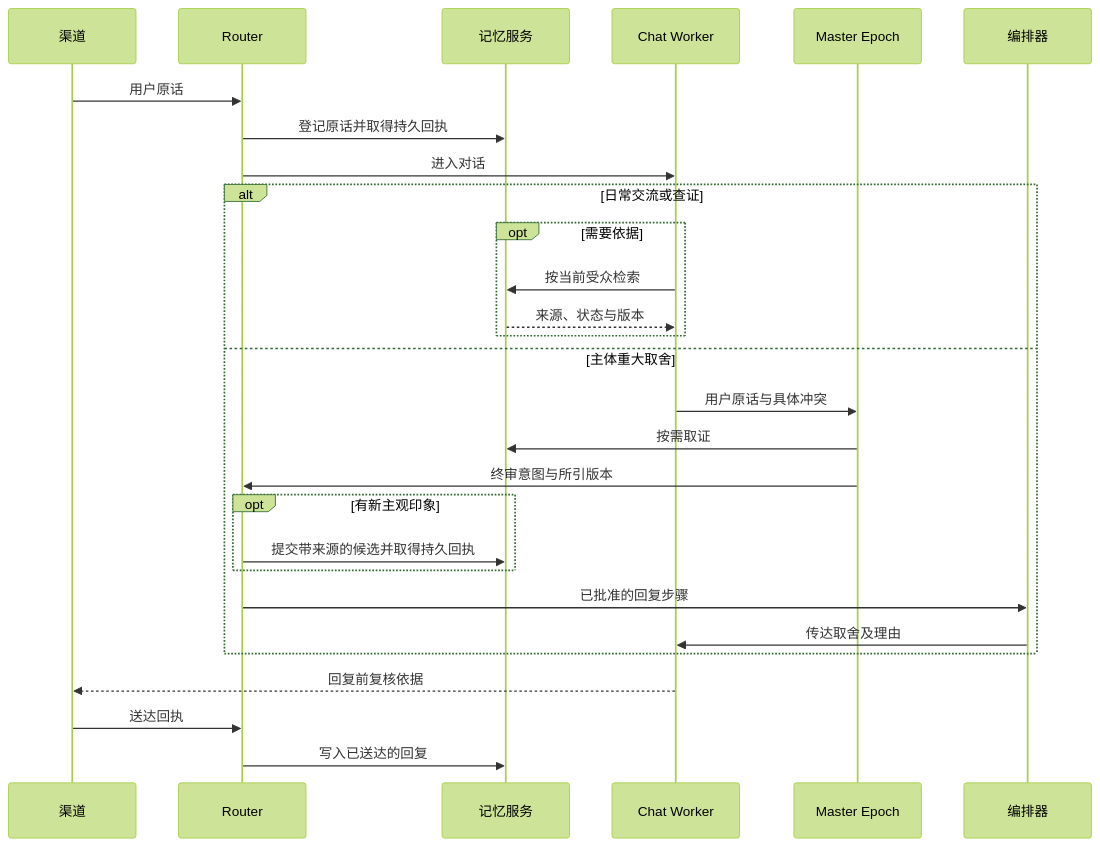
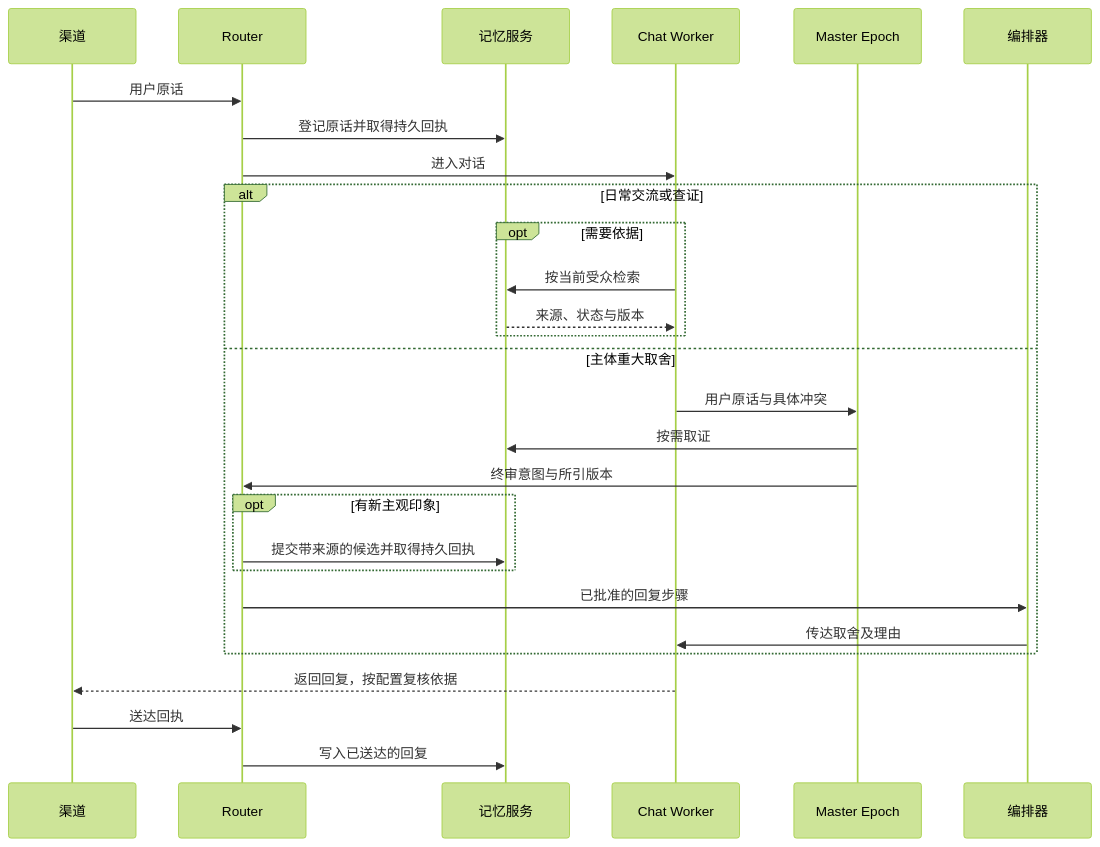
Before and after one commit to QiuYuAkiGO/neuralcloud-harness: the diagram in docs/proposals/console-free-chat-pipeline-20261121.md, drawn with Mermaid (forest theme). The commit also changed other lines of this file and 12 other files, not shown here.

```diff
--- a/docs/proposals/console-free-chat-pipeline-20261121.md
+++ b/docs/proposals/console-free-chat-pipeline-20261121.md
@@ -22,30 +22,30 @@
 ~~~mermaid
 sequenceDiagram
     participant U as 渠道
     participant R as Router
     participant K as 记忆服务
     participant C as Chat Worker
     participant M as Master Epoch
     participant O as 编排器
     U->>R: 用户原话
     R->>K: 登记原话并取得持久回执
     R->>C: 进入对话
     alt 日常交流或查证
         opt 需要依据
             C->>K: 按当前受众检索
             K-->>C: 来源、状态与版本
         end
     else 主体重大取舍
         C->>M: 用户原话与具体冲突
         M->>K: 按需取证
         M->>R: 终审意图与所引版本
         opt 有新主观印象
             R->>K: 提交带来源的候选并取得持久回执
         end
         R->>O: 已批准的回复步骤
         O->>C: 传达取舍及理由
     end
-    C-->>U: 回复前复核依据
+    C-->>U: 返回回复，按配置复核依据
     U->>R: 送达回执
     R->>K: 写入已送达的回复
 ~~~
```
